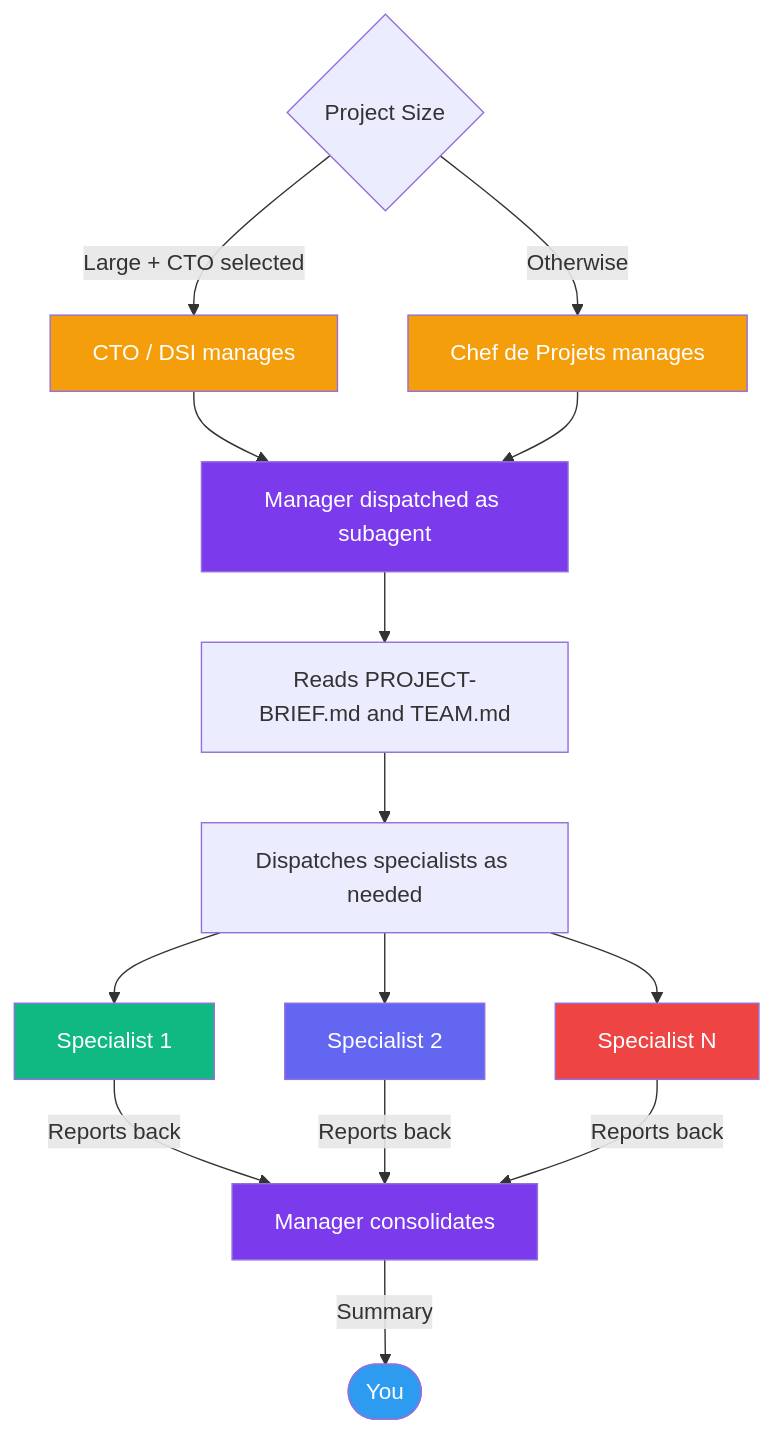
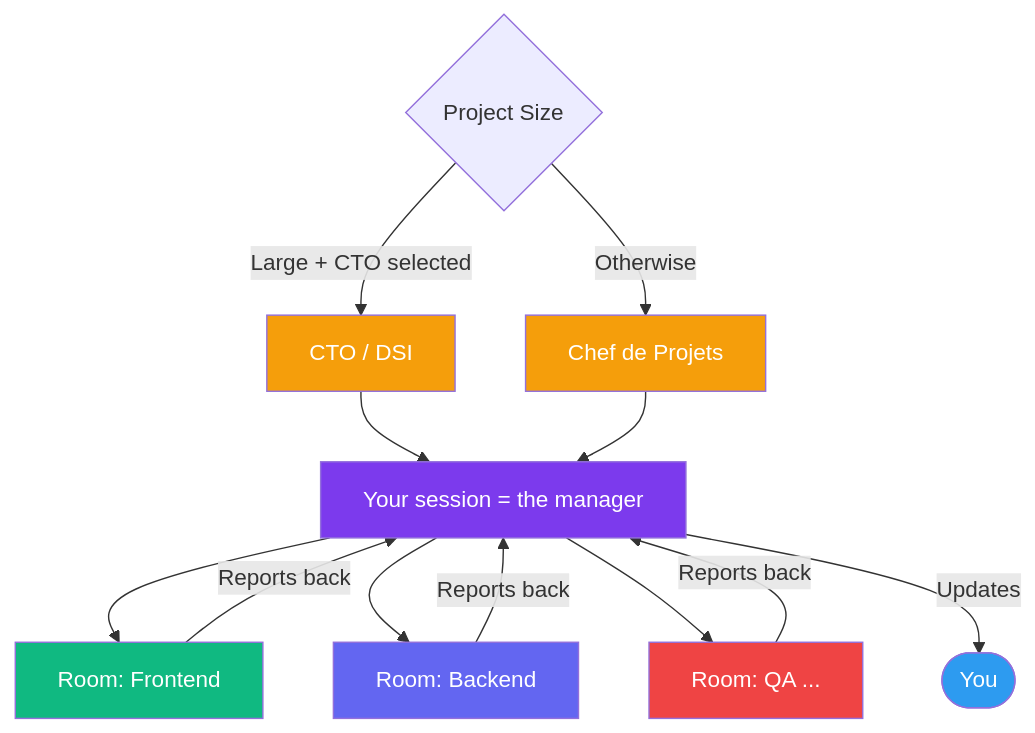
Before and after one commit to ELPEDRU/it-workshop: the fourth of 4 diagrams in README.md, drawn with Mermaid. The commit also changed other lines of this file and 5 other files, not shown here.

First line of the commit message:
Keep the project folder clean and give every agent its own session

````diff
--- a/README.md
+++ b/README.md
@@ -219,29 +218,25 @@
 ```mermaid
 flowchart TD
-    Size{Project Size} -->|Large + CTO selected| CTO[CTO / DSI manages]
-    Size -->|Otherwise| CDP[Chef de Projets manages]
+    Size{Project Size} -->|Large + CTO selected| CTO[CTO / DSI]
+    Size -->|Otherwise| CDP[Chef de Projets]
 
-    CTO --> Mgr[Manager dispatched as subagent]
+    CTO --> Mgr[Your session = the manager]
     CDP --> Mgr
 
-    Mgr --> Brief[Reads PROJECT-BRIEF.md and TEAM.md]
-    Brief --> Work[Dispatches specialists as needed]
+    Mgr --> R1[Room: Frontend]
+    Mgr --> R2[Room: Backend]
+    Mgr --> R3[Room: QA ...]
 
-    Work --> S1[Specialist 1]
-    Work --> S2[Specialist 2]
-    Work --> S3[Specialist N]
-
-    S1 -->|Reports back| Report[Manager consolidates]
-    S2 -->|Reports back| Report
-    S3 -->|Reports back| Report
-    Report -->|Summary| You([You])
+    R1 -->|Reports back| Mgr
+    R2 -->|Reports back| Mgr
+    R3 -->|Reports back| Mgr
+    Mgr -->|Updates| You([You])
 
     style CTO fill:#f59e0b,color:#fff
     style CDP fill:#f59e0b,color:#fff
     style Mgr fill:#7c3aed,color:#fff
-    style Report fill:#7c3aed,color:#fff
     style You fill:#2d9bf0,color:#fff
-    style S1 fill:#10b981,color:#fff
-    style S2 fill:#6366f1,color:#fff
-    style S3 fill:#ef4444,color:#fff
+    style R1 fill:#10b981,color:#fff
+    style R2 fill:#6366f1,color:#fff
+    style R3 fill:#ef4444,color:#fff
 ```
````
